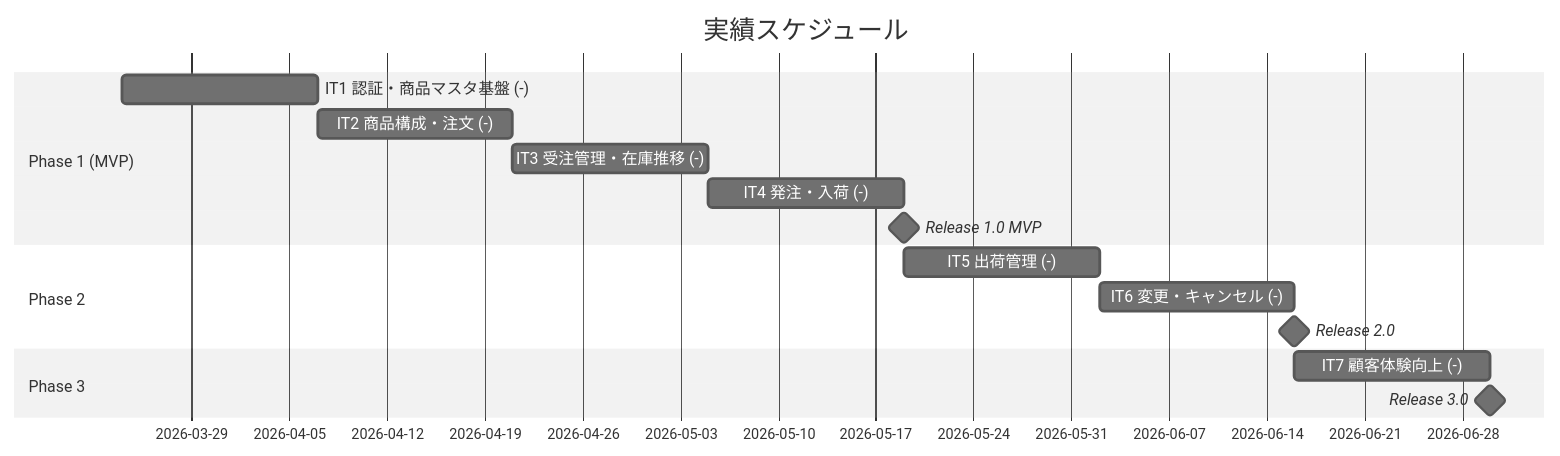
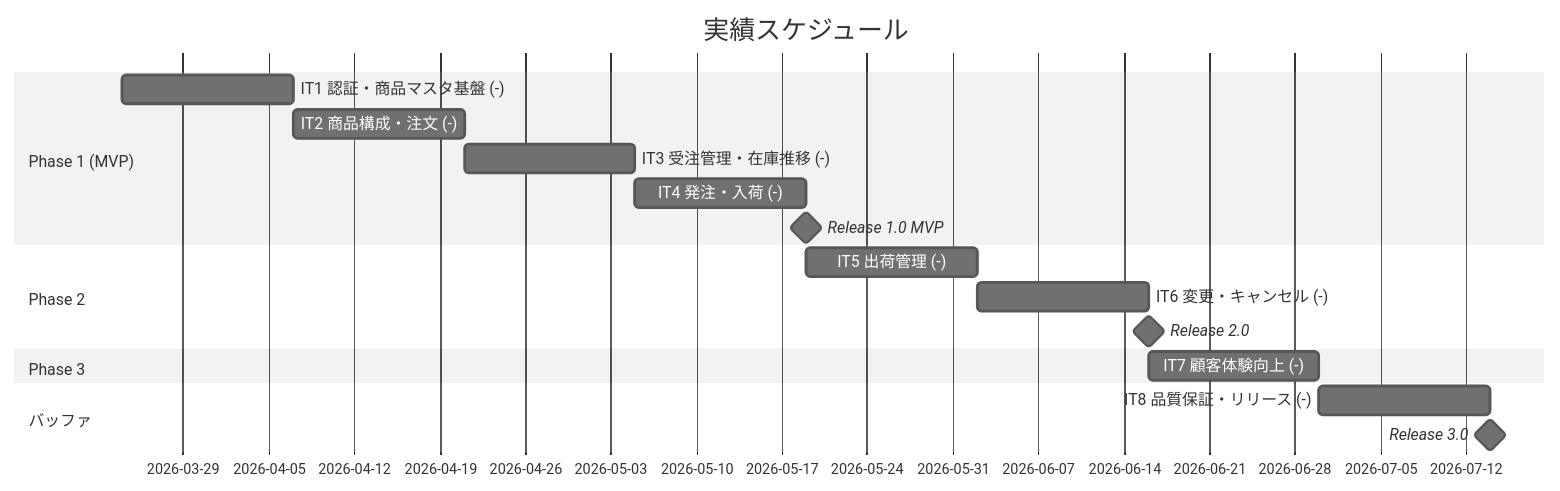
Before and after one commit to k2works/case-study-sdd-development: the second of 3 diagrams in docs/development/release_plan.md, drawn with Mermaid (neutral theme). The commit also changed other lines of this file and 3 other files, not shown here.

````diff
--- a/docs/development/release_plan.md
+++ b/docs/development/release_plan.md
@@ -164,18 +164,20 @@
 ```mermaid
 gantt
     title 実績スケジュール
     dateFormat  YYYY-MM-DD
     section Phase 1 (MVP)
     IT1 認証・商品マスタ基盤 (-)     :p1-1, 2026-03-24, 14d
     IT2 商品構成・注文 (-)           :p1-2, after p1-1, 14d
     IT3 受注管理・在庫推移 (-)       :p1-3, after p1-2, 14d
     IT4 発注・入荷 (-)               :p1-4, after p1-3, 14d
     Release 1.0 MVP                  :milestone, m1, after p1-4, 0d
     section Phase 2
     IT5 出荷管理 (-)                 :p2-1, after p1-4, 14d
     IT6 変更・キャンセル (-)         :p2-2, after p2-1, 14d
     Release 2.0                      :milestone, m2, after p2-2, 0d
     section Phase 3
     IT7 顧客体験向上 (-)             :p3-1, after p2-2, 14d
-    Release 3.0                      :milestone, m3, after p3-1, 0d
+    section バッファ
+    IT8 品質保証・リリース (-)       :buf, after p3-1, 14d
+    Release 3.0                      :milestone, m3, after buf, 0d
 ```
````
